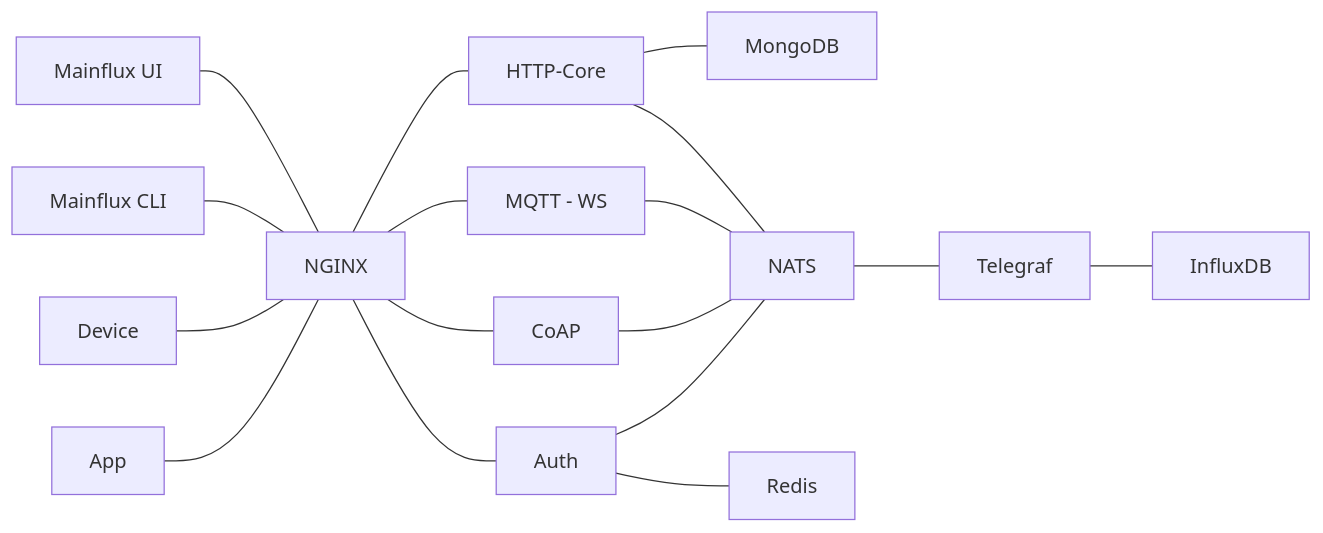
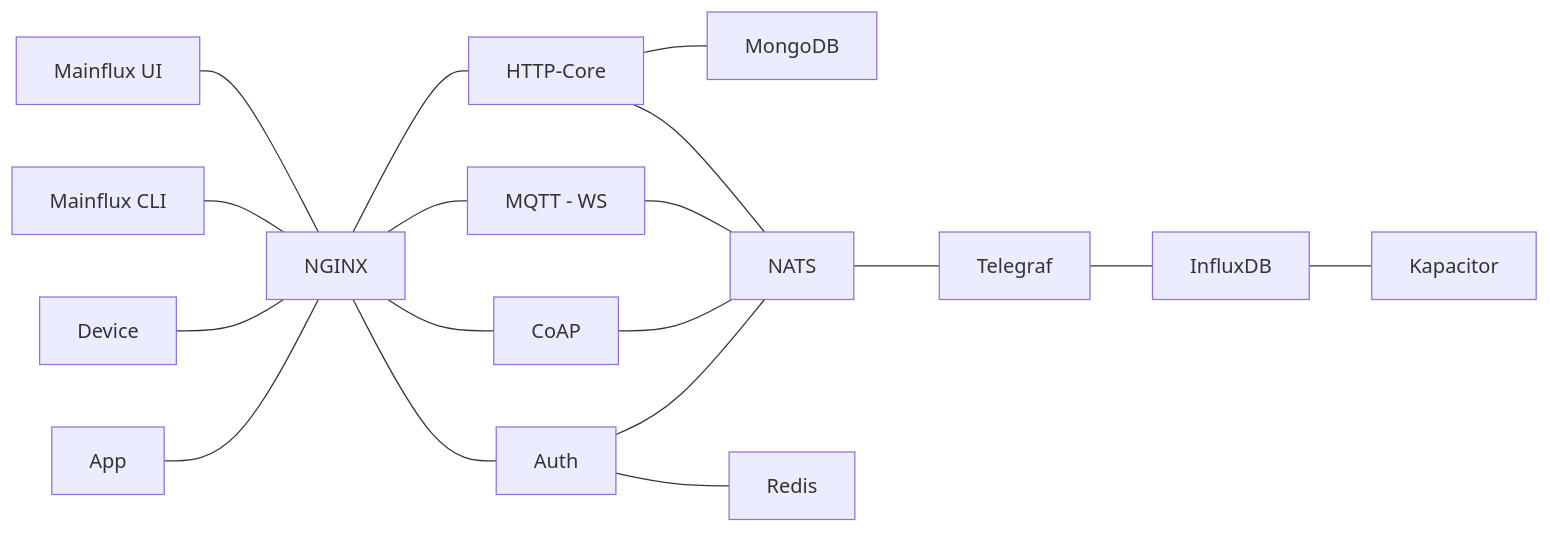
Before and after one commit to manuIO/mainflux-doc: the diagram in tools/mermaid/arch.mmd, drawn with Mermaid. The commit also changed 1 other file, not shown here.

Commit message:
Add Kapacitor

```diff
--- a/tools/mermaid/arch.mmd
+++ b/tools/mermaid/arch.mmd
@@ -1,21 +1,22 @@
 graph LR
     A["NGINX"] --- B["HTTP-Core"];
     B --- F["MongoDB"]
 
     A --- C["MQTT - WS"];
     A --- K["CoAP"];
 	A --- D["Auth"];
 
 	B --- E["NATS"]
 	C --- E
 	D --- E
 	D --- R["Redis"]
 	K --- E
 
 	E --- T["Telegraf"]
 	T --- L["InfluxDB"]
+	L --- N["Kapacitor"]
 
     I["Mainflux UI"] --- A
     J["Mainflux CLI"] --- A
     G["Device"] --- A
     H["App"] --- A
```
